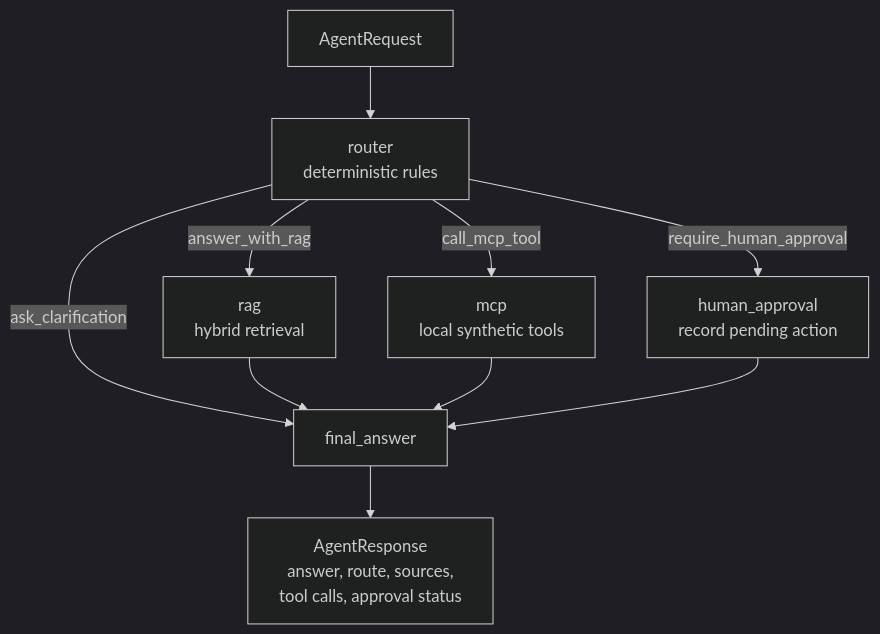
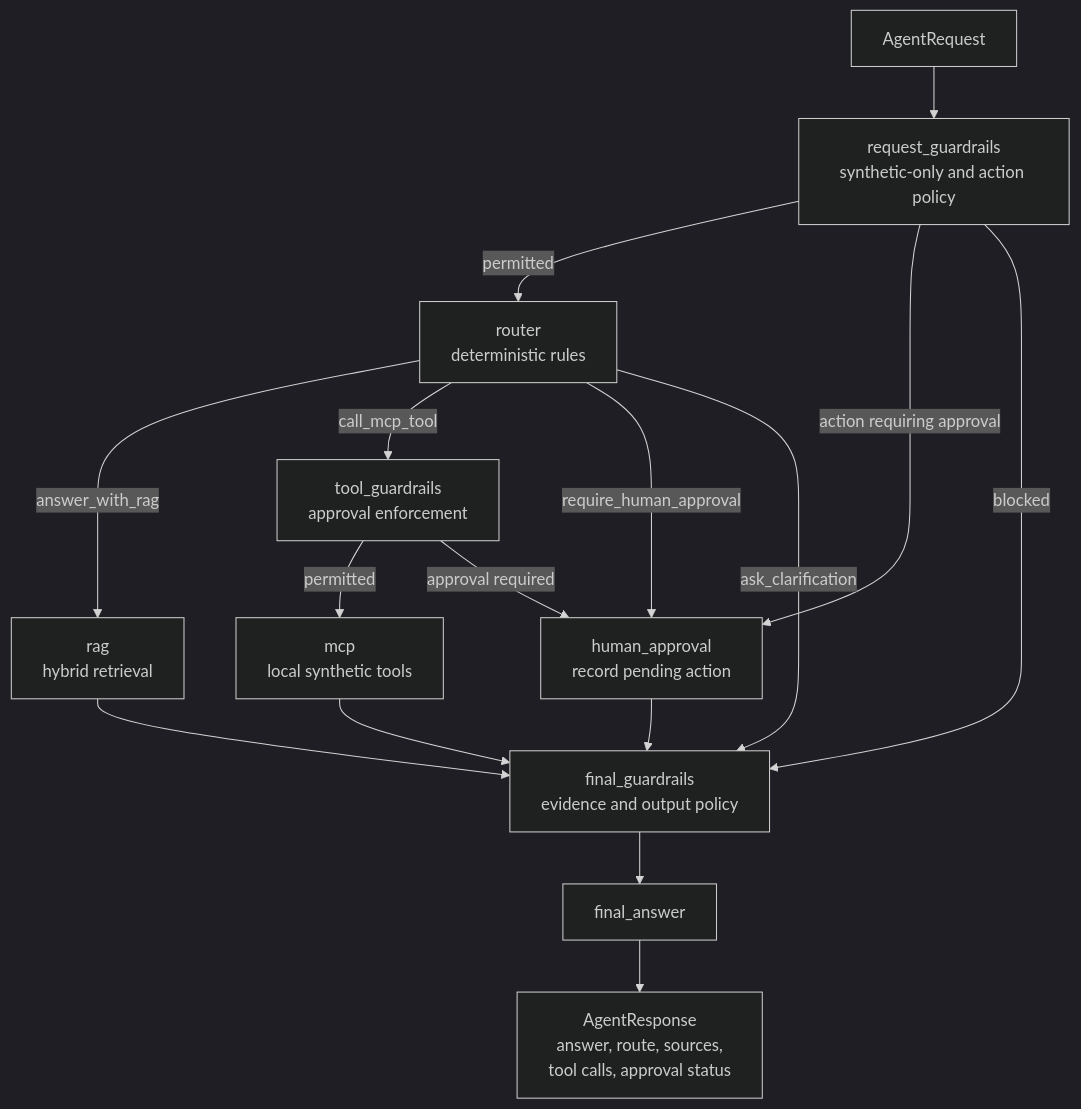
One commit to tonih23/enterprise-api-intelligence-agent changed the second of 2 diagrams in docs/architecture.md. Above: the diagram before and after it, drawn with Mermaid (dark theme). The commit also changed other lines of this file and 13 other files, not shown here.

Commit message:
Add agent guardrails

````diff
--- a/docs/architecture.md
+++ b/docs/architecture.md
@@ -72,12 +78,18 @@
 ```mermaid
 flowchart TD
-    Start["AgentRequest"] --> Router["router<br/>deterministic rules"]
+    Start["AgentRequest"] --> RequestGuard["request_guardrails<br/>synthetic-only and action policy"]
+    RequestGuard -->|permitted| Router["router<br/>deterministic rules"]
+    RequestGuard -->|action requiring approval| Approval["human_approval<br/>record pending action"]
+    RequestGuard -->|blocked| FinalGuard["final_guardrails<br/>evidence and output policy"]
     Router -->|answer_with_rag| RAG["rag<br/>hybrid retrieval"]
-    Router -->|call_mcp_tool| MCP["mcp<br/>local synthetic tools"]
-    Router -->|require_human_approval| Approval["human_approval<br/>record pending action"]
-    Router -->|ask_clarification| Final["final_answer"]
-    RAG --> Final
-    MCP --> Final
-    Approval --> Final
+    Router -->|call_mcp_tool| ToolGuard["tool_guardrails<br/>approval enforcement"]
+    ToolGuard -->|permitted| MCP["mcp<br/>local synthetic tools"]
+    ToolGuard -->|approval required| Approval
+    Router -->|require_human_approval| Approval
+    Router -->|ask_clarification| FinalGuard
+    RAG --> FinalGuard
+    MCP --> FinalGuard
+    Approval --> FinalGuard
+    FinalGuard --> Final["final_answer"]
     Final --> Output["AgentResponse<br/>answer, route, sources,<br/>tool calls, approval status"]
 ```
````
